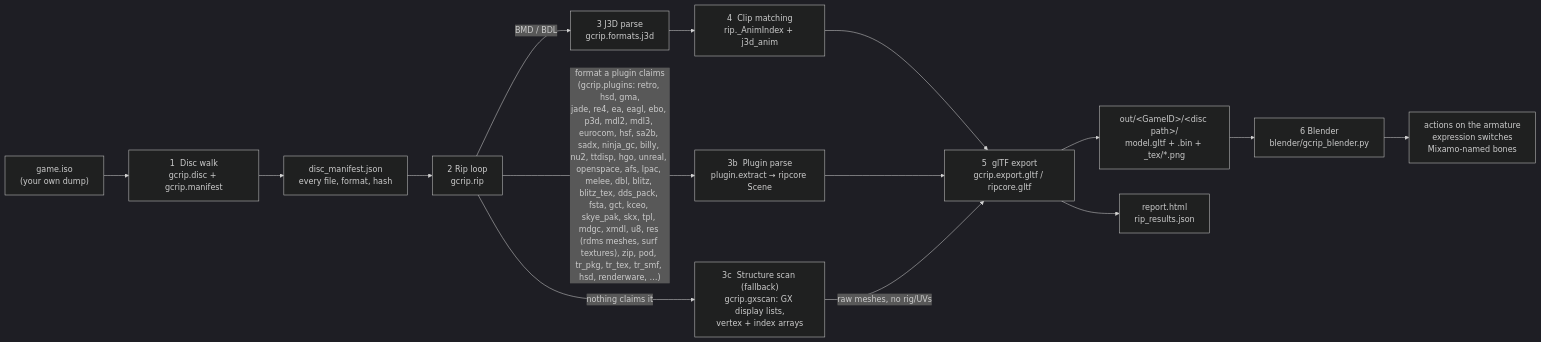
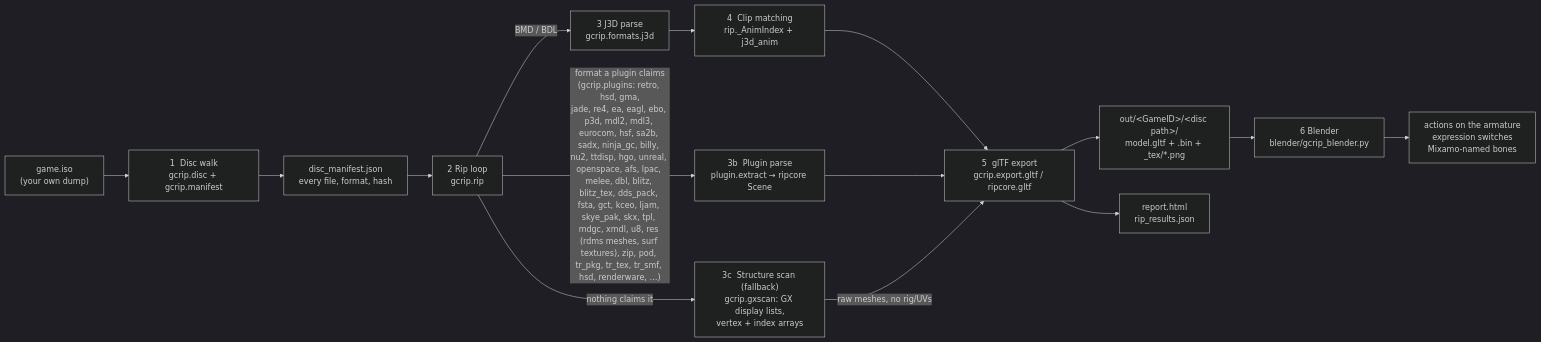
Before and after one commit to Felbs/3d-ripper-9000: the first of 9 diagrams in docs/PIPELINE.md, drawn with Mermaid (dark theme). The commit also changed 9 other files, not shown here.

First line of the commit message:
gcrip ljam: High Voltage LJAM archives - all 35 parse, 304 of 304 MB, 3,865 TPL textures

````diff
--- a/docs/PIPELINE.md
+++ b/docs/PIPELINE.md
@@ -11,17 +11,17 @@
 ```mermaid
 flowchart LR
     ISO["game.iso<br/>(your own dump)"] --> WALK["1  Disc walk<br/>gcrip.disc + gcrip.manifest"]
     WALK --> MAN["disc_manifest.json<br/>every file, format, hash"]
     MAN --> RIP["2  Rip loop<br/>gcrip.rip"]
     RIP -->|"BMD / BDL"| J3D["3  J3D parse<br/>gcrip.formats.j3d"]
-    RIP -->|"format a plugin claims<br/>(gcrip.plugins: retro, hsd, gma,<br/>jade, re4, ea, eagl, ebo, p3d, mdl2, mdl3, eurocom, hsf, sa2b, sadx, ninja_gc, billy, nu2, ttdisp, hgo, unreal, openspace, afs, lpac, melee, dbl, blitz, blitz_tex, dds_pack, fsta, gct, kceo, skye_pak, skx, tpl, mdgc, xmdl, u8, res (rdms meshes, surf textures), zip, pod, tr_pkg, tr_tex, tr_smf, hsd, renderware, …)"| PLUG["3b  Plugin parse<br/>plugin.extract → ripcore Scene"]
+    RIP -->|"format a plugin claims<br/>(gcrip.plugins: retro, hsd, gma,<br/>jade, re4, ea, eagl, ebo, p3d, mdl2, mdl3, eurocom, hsf, sa2b, sadx, ninja_gc, billy, nu2, ttdisp, hgo, unreal, openspace, afs, lpac, melee, dbl, blitz, blitz_tex, dds_pack, fsta, gct, kceo, ljam, skye_pak, skx, tpl, mdgc, xmdl, u8, res (rdms meshes, surf textures), zip, pod, tr_pkg, tr_tex, tr_smf, hsd, renderware, …)"| PLUG["3b  Plugin parse<br/>plugin.extract → ripcore Scene"]
     RIP -->|"nothing claims it"| GX["3c  Structure scan (fallback)<br/>gcrip.gxscan: GX display lists,<br/>vertex + index arrays"]
     J3D --> ANIM["4  Clip matching<br/>rip._AnimIndex + j3d_anim"]
     ANIM --> GLTF["5  glTF export<br/>gcrip.export.gltf / ripcore.gltf"]
     PLUG --> GLTF
     GX -->|"raw meshes, no rig/UVs"| GLTF
     GLTF --> OUT["out/&lt;GameID&gt;/&lt;disc path&gt;/<br/>model.gltf + .bin + _tex/*.png"]
     GLTF --> REP["report.html<br/>rip_results.json"]
     OUT --> BL["6  Blender<br/>blender/gcrip_blender.py"]
     BL --> PLAY["actions on the armature<br/>expression switches<br/>Mixamo-named bones"]
 ```
````
